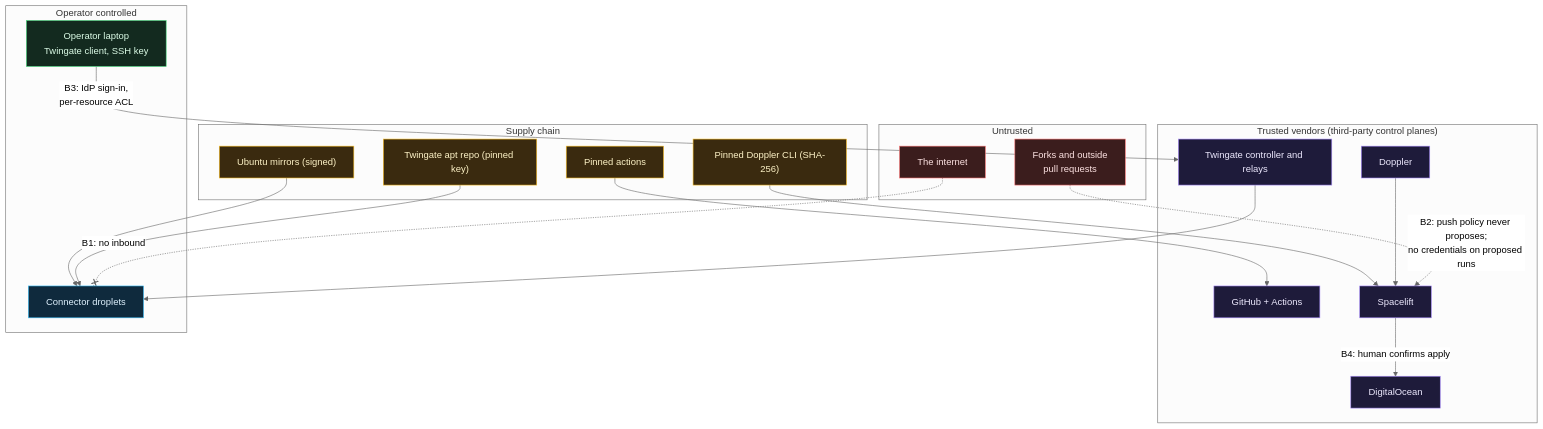
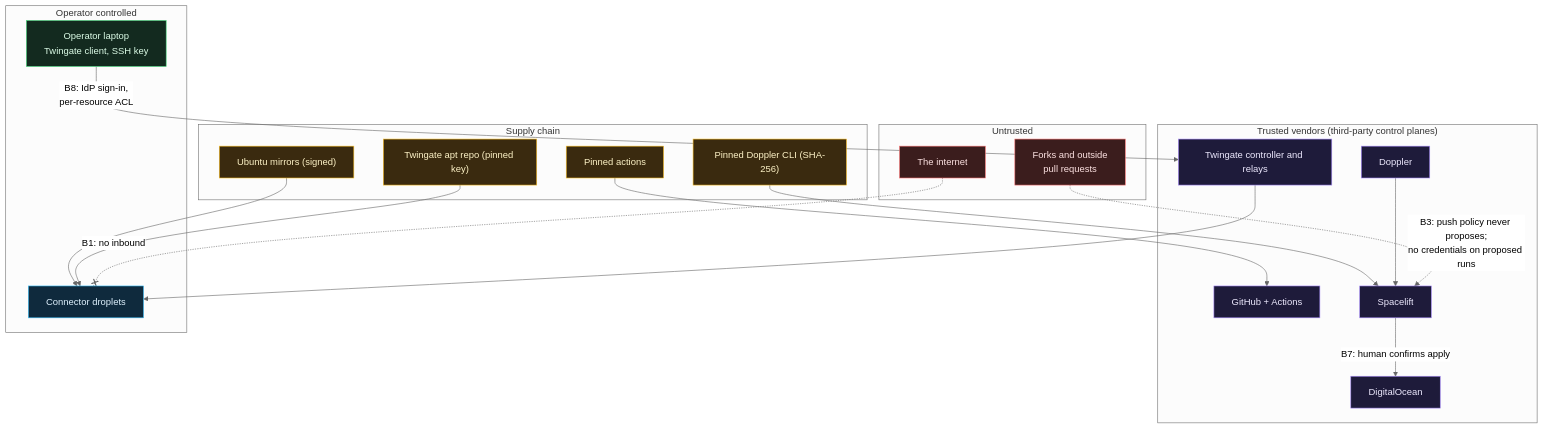
Before and after one commit to ChiefGyk3D/Clouds-Against-Humanity: the diagram in docs/wiki/Threat-Model.md, drawn with Mermaid (neutral theme). The commit also changed other lines of this file and 2 other files, not shown here.

Commit message:
docs(wiki): one boundary numbering across the threat-model pages
Threat-Model.md now uses the exercise page's B-numbers (B1, B3, B7, B8).
Model ids are readable strings instead of UUIDs so the identifier check
does not mistake them for Azure ids.

````diff
--- a/docs/wiki/Threat-Model.md
+++ b/docs/wiki/Threat-Model.md
@@ -23,41 +23,41 @@
 ```mermaid
 flowchart TB
     subgraph untrusted["Untrusted"]
         inet["The internet"]:::ext
         forks["Forks and outside<br/>pull requests"]:::ext
     end
     subgraph vendors["Trusted vendors (third-party control planes)"]
         gh["GitHub + Actions"]:::ctrl
         sl["Spacelift"]:::ctrl
         dp["Doppler"]:::ctrl
         tg["Twingate controller and relays"]:::ctrl
         doc["DigitalOcean"]:::ctrl
     end
     subgraph supply["Supply chain"]
         acts["Pinned actions"]:::warn
         cli["Pinned Doppler CLI (SHA-256)"]:::warn
         apt["Twingate apt repo (pinned key)"]:::warn
         ubu["Ubuntu mirrors (signed)"]:::warn
     end
     subgraph mine["Operator controlled"]
         laptop["Operator laptop<br/>Twingate client, SSH key"]:::you
         drops["Connector droplets"]:::cloud
     end
 
     inet -. "B1: no inbound" .-x drops
-    forks -. "B2: push policy never proposes;<br/>no credentials on proposed runs" .-> sl
-    laptop -- "B3: IdP sign-in,<br/>per-resource ACL" --> tg
+    forks -. "B3: push policy never proposes;<br/>no credentials on proposed runs" .-> sl
+    laptop -- "B8: IdP sign-in,<br/>per-resource ACL" --> tg
     tg --> drops
-    sl -- "B4: human confirms apply" --> doc
+    sl -- "B7: human confirms apply" --> doc
     dp --> sl
     acts --> gh
     cli --> sl
     apt --> drops
     ubu --> drops
 
     classDef you fill:#132a1f,stroke:#4ade80,color:#dcfce7
     classDef ext fill:#3b1d1d,stroke:#f87171,color:#fde2e2
     classDef ctrl fill:#1e1b3a,stroke:#a78bfa,color:#ede9fe
     classDef cloud fill:#0f2a3d,stroke:#38bdf8,color:#e0f2fe
     classDef warn fill:#3a2a0f,stroke:#fbbf24,color:#fef3c7
 ```
````
